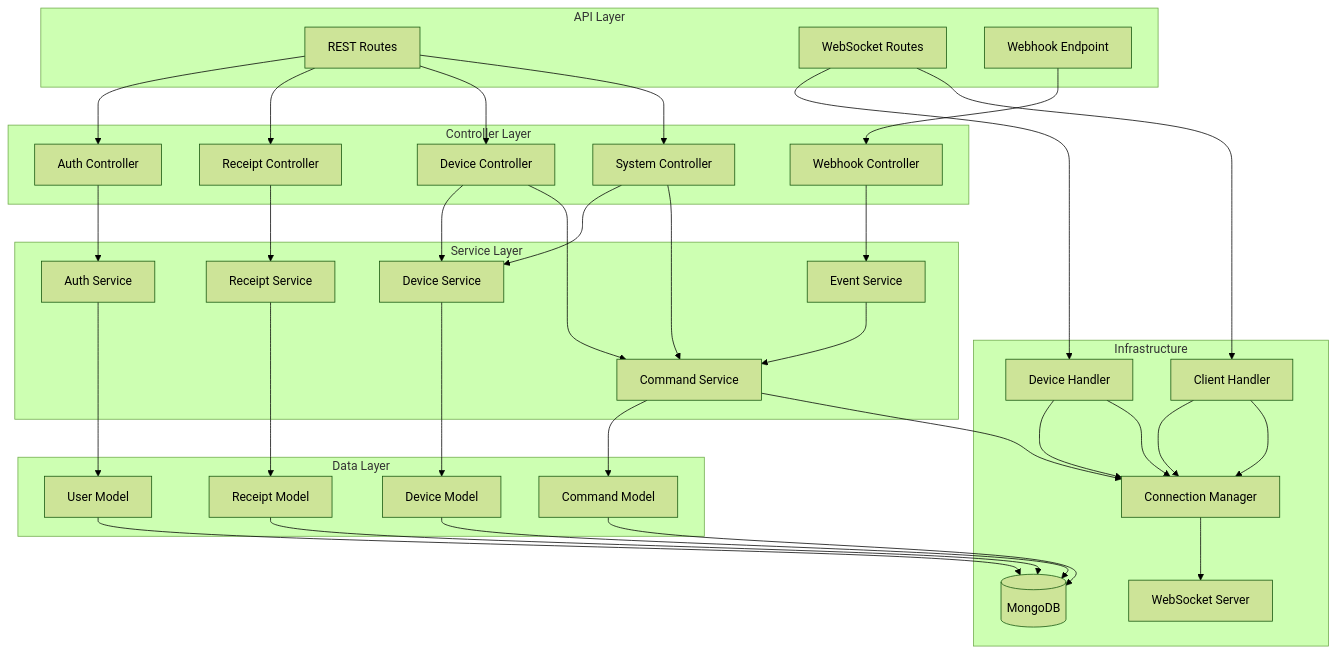
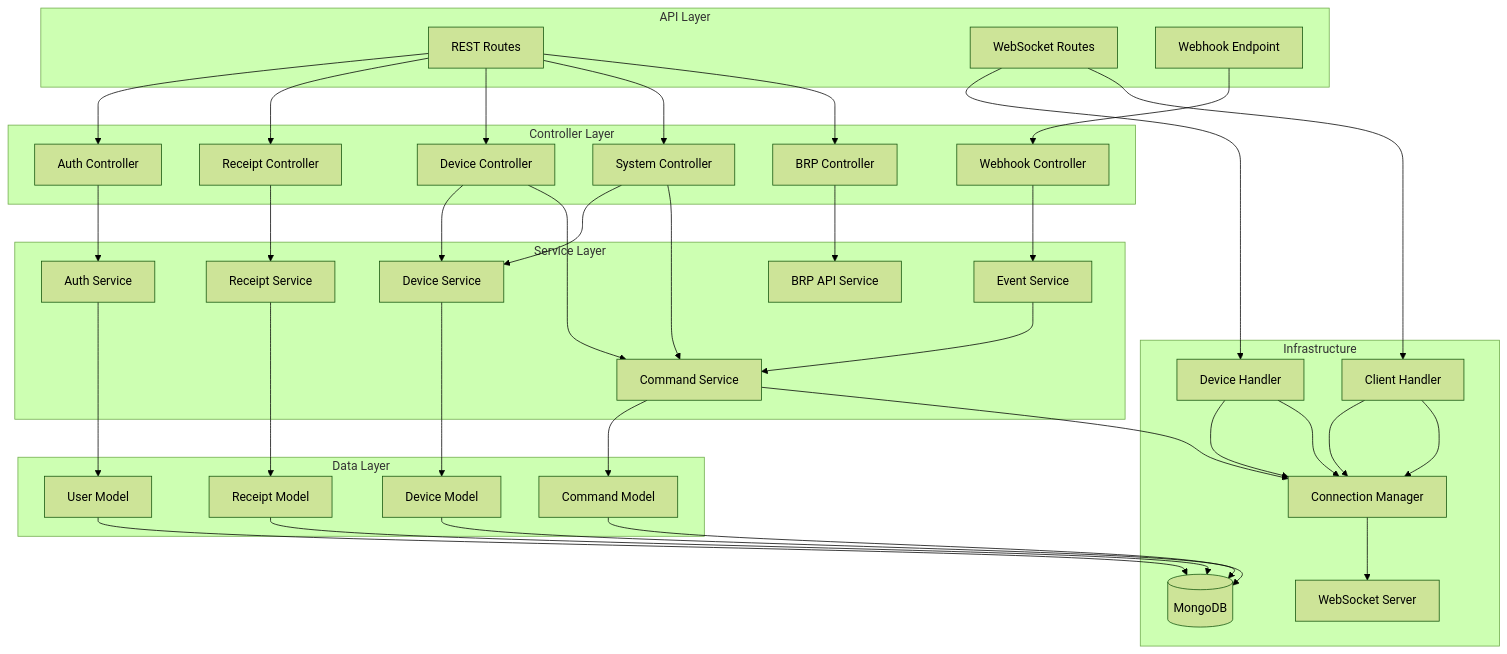
Before and after one commit to valiobar/receipts: the third of 4 diagrams in documentation/ARCHITECTURE.md, drawn with Mermaid (forest theme). The commit also changed other lines of this file and 27 other files, not shown here.

First line of the commit message:
Add BRP API integration and enhance documentation

````diff
--- a/documentation/ARCHITECTURE.md
+++ b/documentation/ARCHITECTURE.md
@@ -217,73 +217,77 @@
 ```mermaid
 graph TB
     subgraph "API Layer"
         REST[REST Routes]
         WS_Route[WebSocket Routes]
         Webhook[Webhook Endpoint]
     end
     
     subgraph "Controller Layer"
         AuthCtrl[Auth Controller]
         ReceiptCtrl[Receipt Controller]
         DeviceCtrl[Device Controller]
         WebhookCtrl[Webhook Controller]
         SystemCtrl[System Controller]
+        BRPCtrl[BRP Controller]
     end
     
     subgraph "Service Layer"
         ReceiptSvc[Receipt Service]
         CommandSvc[Command Service]
         DeviceSvc[Device Service]
         EventSvc[Event Service]
         AuthSvc[Auth Service]
+        BRPApiSvc[BRP API Service]
     end
     
     subgraph "Data Layer"
         ReceiptModel[Receipt Model]
         CommandModel[Command Model]
         DeviceModel[Device Model]
         UserModel[User Model]
     end
     
     subgraph "Infrastructure"
         ConnMgr[Connection Manager]
         WS_Server[WebSocket Server]
         DeviceHandler[Device Handler]
         ClientHandler[Client Handler]
         MongoDB[(MongoDB)]
     end
     
     REST --> AuthCtrl
     REST --> ReceiptCtrl
     REST --> DeviceCtrl
     REST --> SystemCtrl
+    REST --> BRPCtrl
     WS_Route --> DeviceHandler
     WS_Route --> ClientHandler
     DeviceHandler --> ConnMgr
     ClientHandler --> ConnMgr
     Webhook --> WebhookCtrl
     
     AuthCtrl --> AuthSvc
     ReceiptCtrl --> ReceiptSvc
     DeviceCtrl --> DeviceSvc
     DeviceCtrl --> CommandSvc
     WebhookCtrl --> EventSvc
     SystemCtrl --> DeviceSvc
     SystemCtrl --> CommandSvc
+    BRPCtrl --> BRPApiSvc
     
     ReceiptSvc --> ReceiptModel
     CommandSvc --> CommandModel
     DeviceSvc --> DeviceModel
     AuthSvc --> UserModel
     
     ReceiptModel --> MongoDB
     CommandModel --> MongoDB
     DeviceModel --> MongoDB
     UserModel --> MongoDB
     
     EventSvc --> CommandSvc
     CommandSvc --> ConnMgr
     DeviceHandler --> ConnMgr
     ClientHandler --> ConnMgr
     ConnMgr --> WS_Server
 ```
````
